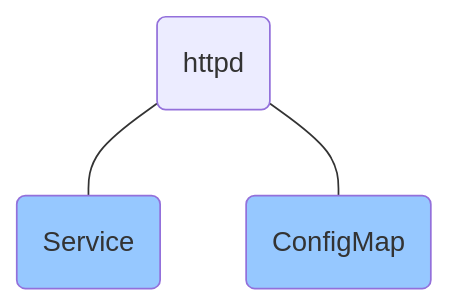
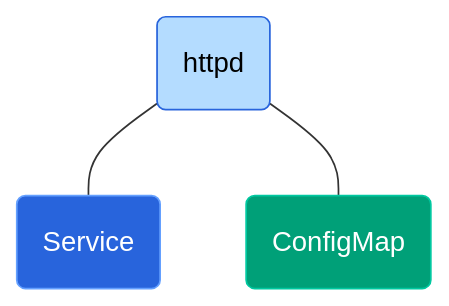
One commit to cafeduke/learn changed the diagram in K8s/01-basic/ReadMe.md. Above: the diagram before and after it, drawn with Mermaid. The commit also changed 1 other file, not shown here.

Commit message:
K8s: Update 01-basic and 02-mongo

````diff
--- a/K8s/01-basic/ReadMe.md
+++ b/K8s/01-basic/ReadMe.md
@@ -13,7 +13,9 @@
 ```mermaid
 flowchart TB
   a1[httpd]---a2(Service):::service
-  a1(httpd)---a3(ConfigMap):::service
+  a1(httpd)---a3(ConfigMap):::config
   
-  classDef service fill:#96c8ff;
+  classDef node    fill:#b4dcff,color:black,stroke:#2864dc;
+  classDef service fill:#2864dc,color:white,stroke:#64a0ff;
+  classDef config  fill:#00a078,color:white,stroke:#00c8a0;
 ```
````
